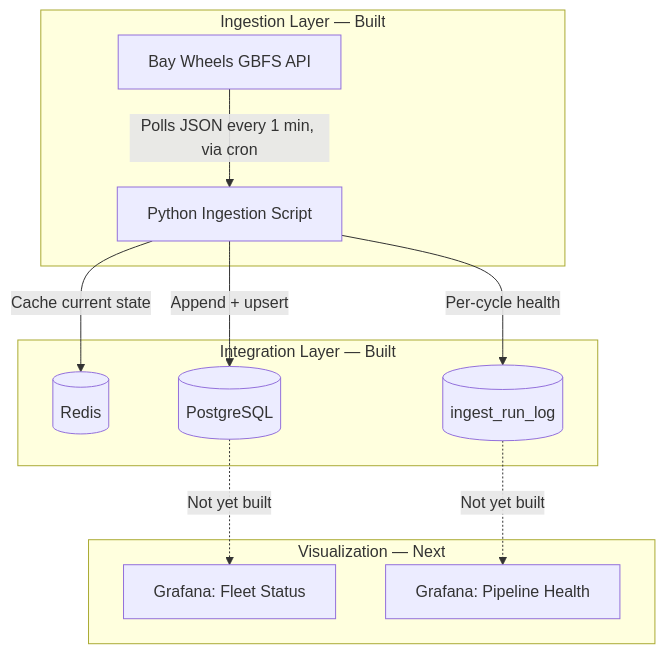
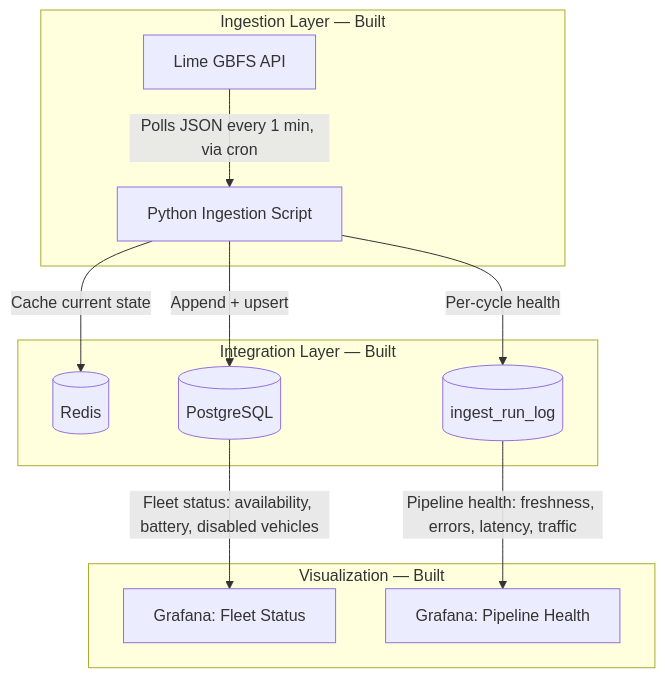
Before and after one commit to Rick-Houser/gbfs-fleet-telemetry: the diagram in README.md, drawn with Mermaid. The commit also changed other lines of this file and 1 other file, not shown here.

Commit message:
docs: document Grafana provisioning, bar chart fix, and operational lessons

````diff
--- a/README.md
+++ b/README.md
@@ -31,17 +31,17 @@
 ```mermaid
 flowchart TD
     subgraph Ingestion["Ingestion Layer — Built"]
-        A[Bay Wheels GBFS API] -->|Polls JSON every 1 min, via cron| B[Python Ingestion Script]
+        A[Lime GBFS API] -->|Polls JSON every 1 min, via cron| B[Python Ingestion Script]
     end
 
     subgraph Integration["Integration Layer — Built"]
         B -->|Cache current state| C[(Redis)]
         B -->|Append + upsert| F[(PostgreSQL)]
         B -->|Per-cycle health| I[(ingest_run_log)]
     end
 
-    subgraph Visualization["Visualization — Next"]
-        F -.->|Not yet built| J[Grafana: Fleet Status]
-        I -.->|Not yet built| K[Grafana: Pipeline Health]
+    subgraph Visualization["Visualization — Built"]
+        F -->|Fleet status: availability, battery, disabled vehicles| J[Grafana: Fleet Status]
+        I -->|Pipeline health: freshness, errors, latency, traffic| K[Grafana: Pipeline Health]
     end
 ```
````
